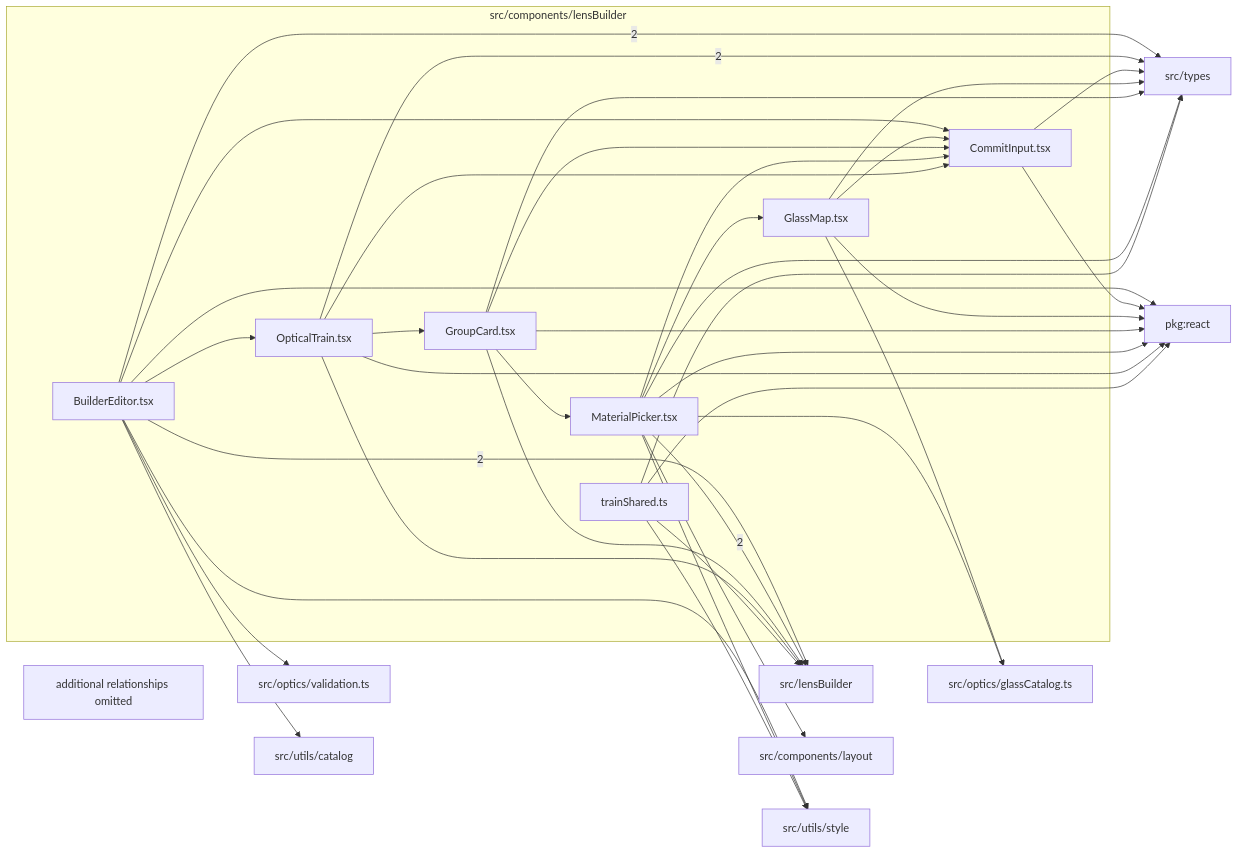
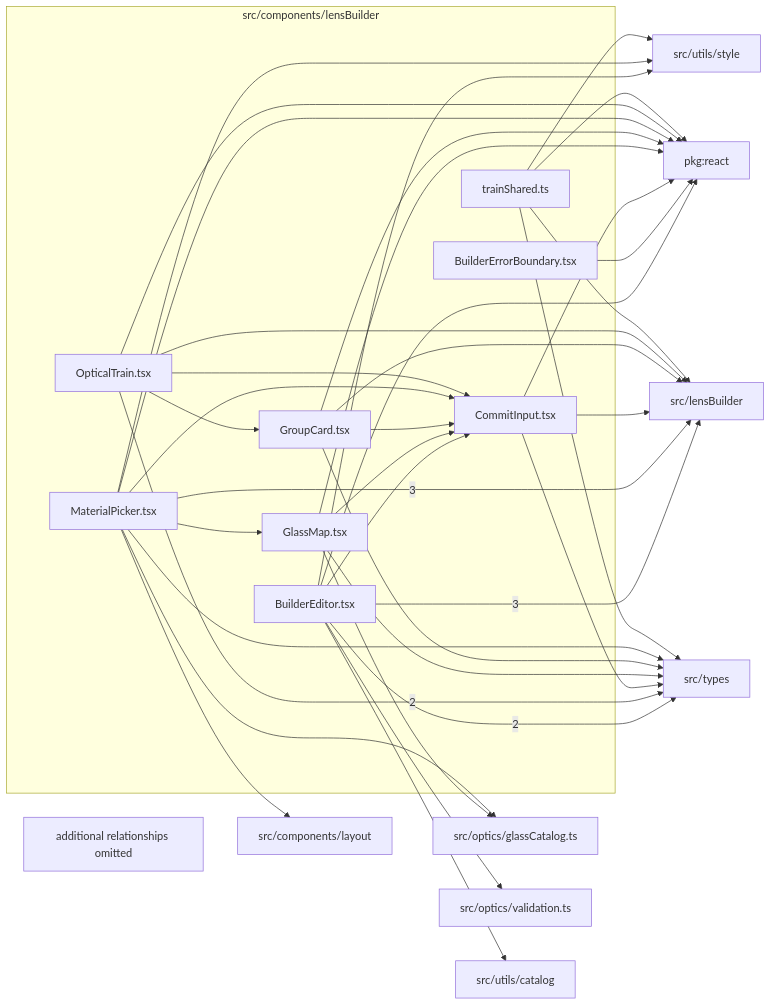
One commit to ronbuening/LensVisualizer changed the diagram in src/components/lensBuilder/readme.md. Above: the diagram before and after it, drawn with Mermaid. The commit also changed other lines of this file and 46 other files, not shown here.

````diff
--- a/src/components/lensBuilder/readme.md
+++ b/src/components/lensBuilder/readme.md
@@ -9,57 +9,58 @@
 ```mermaid
 flowchart LR
   subgraph n_src_components_lensBuilder["src/components/lensBuilder"]
     n_src_components_lensBuilder_src_components_lensBuilder_BuilderEditor_tsx["BuilderEditor.tsx"]
+    n_src_components_lensBuilder_src_components_lensBuilder_BuilderErrorBoundary_tsx["BuilderErrorBoundary.tsx"]
     n_src_components_lensBuilder_src_components_lensBuilder_CommitInput_tsx["CommitInput.tsx"]
     n_src_components_lensBuilder_src_components_lensBuilder_GlassMap_tsx["GlassMap.tsx"]
     n_src_components_lensBuilder_src_components_lensBuilder_GroupCard_tsx["GroupCard.tsx"]
     n_src_components_lensBuilder_src_components_lensBuilder_MaterialPicker_tsx["MaterialPicker.tsx"]
     n_src_components_lensBuilder_src_components_lensBuilder_OpticalTrain_tsx["OpticalTrain.tsx"]
     n_src_components_lensBuilder_src_components_lensBuilder_trainShared_ts["trainShared.ts"]
   end
   n_external_src_lensBuilder["src/lensBuilder"]
   n_external_src_types["src/types"]
   n_external_pkg_react["pkg:react"]
   n_external_src_components_layout["src/components/layout"]
   n_external_src_optics_glassCatalog_ts["src/optics/glassCatalog.ts"]
   n_external_src_optics_validation_ts["src/optics/validation.ts"]
   n_external_src_utils_catalog["src/utils/catalog"]
   n_external_src_utils_style["src/utils/style"]
-  n_src_components_lensBuilder_src_components_lensBuilder_BuilderEditor_tsx --> |2| n_external_src_lensBuilder
-  n_src_components_lensBuilder_src_components_lensBuilder_MaterialPicker_tsx --> |2| n_external_src_lensBuilder
+  n_src_components_lensBuilder_src_components_lensBuilder_BuilderEditor_tsx --> |3| n_external_src_lensBuilder
+  n_src_components_lensBuilder_src_components_lensBuilder_MaterialPicker_tsx --> |3| n_external_src_lensBuilder
   n_src_components_lensBuilder_src_components_lensBuilder_BuilderEditor_tsx --> |2| n_external_src_types
   n_src_components_lensBuilder_src_components_lensBuilder_OpticalTrain_tsx --> |2| n_external_src_types
   n_src_components_lensBuilder_src_components_lensBuilder_BuilderEditor_tsx --> n_external_pkg_react
+  n_src_components_lensBuilder_src_components_lensBuilder_BuilderErrorBoundary_tsx --> n_external_pkg_react
   n_src_components_lensBuilder_src_components_lensBuilder_CommitInput_tsx --> n_external_pkg_react
   n_src_components_lensBuilder_src_components_lensBuilder_GlassMap_tsx --> n_external_pkg_react
   n_src_components_lensBuilder_src_components_lensBuilder_GroupCard_tsx --> n_external_pkg_react
   n_src_components_lensBuilder_src_components_lensBuilder_MaterialPicker_tsx --> n_external_pkg_react
   n_src_components_lensBuilder_src_components_lensBuilder_OpticalTrain_tsx --> n_external_pkg_react
   n_src_components_lensBuilder_src_components_lensBuilder_trainShared_ts --> n_external_pkg_react
   n_src_components_lensBuilder_src_components_lensBuilder_MaterialPicker_tsx --> n_external_src_components_layout
+  n_src_components_lensBuilder_src_components_lensBuilder_CommitInput_tsx --> n_external_src_lensBuilder
   n_src_components_lensBuilder_src_components_lensBuilder_GroupCard_tsx --> n_external_src_lensBuilder
   n_src_components_lensBuilder_src_components_lensBuilder_OpticalTrain_tsx --> n_external_src_lensBuilder
   n_src_components_lensBuilder_src_components_lensBuilder_trainShared_ts --> n_external_src_lensBuilder
   n_src_components_lensBuilder_src_components_lensBuilder_GlassMap_tsx --> n_external_src_optics_glassCatalog_ts
   n_src_components_lensBuilder_src_components_lensBuilder_MaterialPicker_tsx --> n_external_src_optics_glassCatalog_ts
   n_src_components_lensBuilder_src_components_lensBuilder_BuilderEditor_tsx --> n_external_src_optics_validation_ts
   n_src_components_lensBuilder_src_components_lensBuilder_CommitInput_tsx --> n_external_src_types
   n_src_components_lensBuilder_src_components_lensBuilder_GlassMap_tsx --> n_external_src_types
   n_src_components_lensBuilder_src_components_lensBuilder_GroupCard_tsx --> n_external_src_types
   n_src_components_lensBuilder_src_components_lensBuilder_MaterialPicker_tsx --> n_external_src_types
   n_src_components_lensBuilder_src_components_lensBuilder_trainShared_ts --> n_external_src_types
   n_src_components_lensBuilder_src_components_lensBuilder_BuilderEditor_tsx --> n_external_src_utils_catalog
   n_src_components_lensBuilder_src_components_lensBuilder_BuilderEditor_tsx --> n_external_src_utils_style
   n_src_components_lensBuilder_src_components_lensBuilder_MaterialPicker_tsx --> n_external_src_utils_style
   n_src_components_lensBuilder_src_components_lensBuilder_trainShared_ts --> n_external_src_utils_style
   n_src_components_lensBuilder_src_components_lensBuilder_BuilderEditor_tsx --> n_src_components_lensBuilder_src_components_lensBuilder_CommitInput_tsx
   n_src_components_lensBuilder_src_components_lensBuilder_GlassMap_tsx --> n_src_components_lensBuilder_src_components_lensBuilder_CommitInput_tsx
   n_src_components_lensBuilder_src_components_lensBuilder_GroupCard_tsx --> n_src_components_lensBuilder_src_components_lensBuilder_CommitInput_tsx
   n_src_components_lensBuilder_src_components_lensBuilder_MaterialPicker_tsx --> n_src_components_lensBuilder_src_components_lensBuilder_CommitInput_tsx
   n_src_components_lensBuilder_src_components_lensBuilder_OpticalTrain_tsx --> n_src_components_lensBuilder_src_components_lensBuilder_CommitInput_tsx
   n_src_components_lensBuilder_src_components_lensBuilder_MaterialPicker_tsx --> n_src_components_lensBuilder_src_components_lensBuilder_GlassMap_tsx
   n_src_components_lensBuilder_src_components_lensBuilder_OpticalTrain_tsx --> n_src_components_lensBuilder_src_components_lensBuilder_GroupCard_tsx
-  n_src_components_lensBuilder_src_components_lensBuilder_GroupCard_tsx --> n_src_components_lensBuilder_src_components_lensBuilder_MaterialPicker_tsx
-  n_src_components_lensBuilder_src_components_lensBuilder_BuilderEditor_tsx --> n_src_components_lensBuilder_src_components_lensBuilder_OpticalTrain_tsx
   n_src_components_lensBuilder_truncated["additional relationships omitted"]
 ```
````
